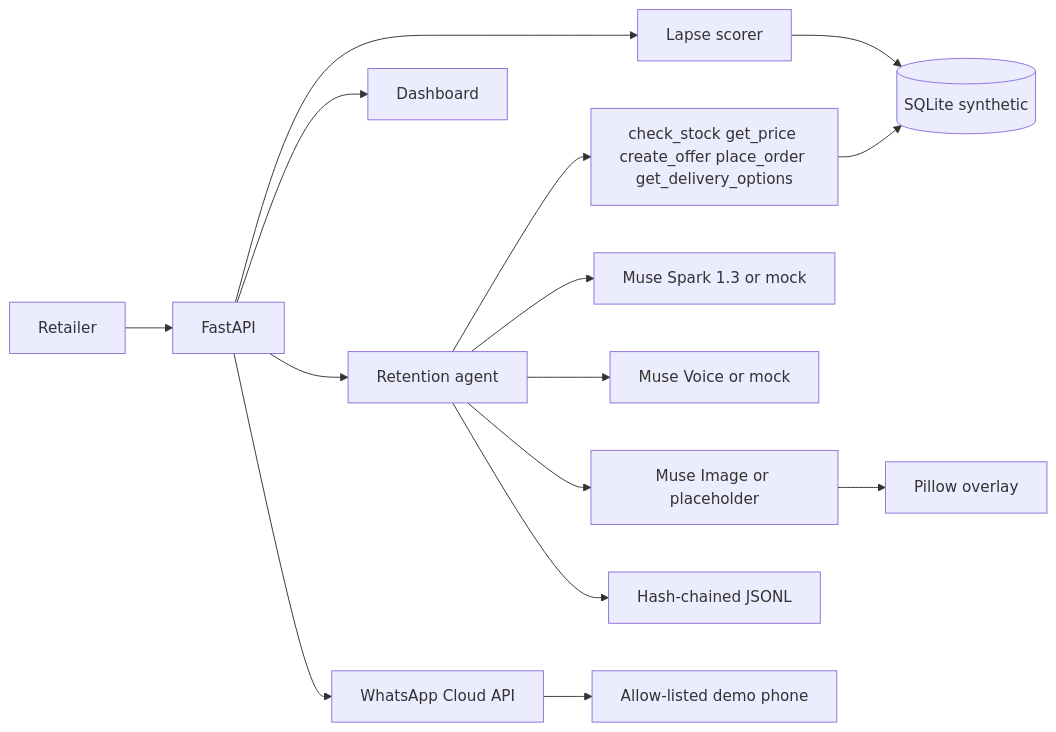
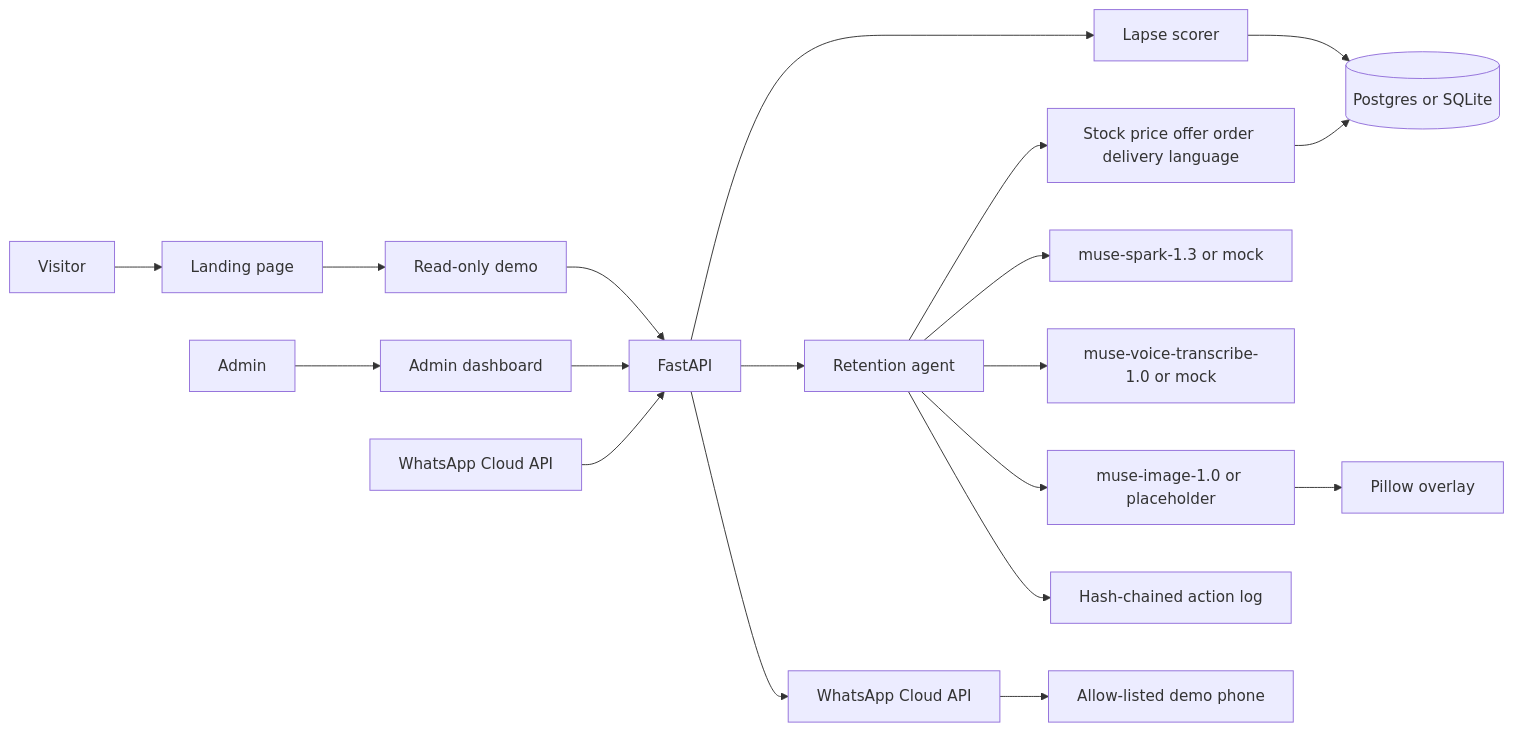
The diagram in README.md (vumoz/convoplex-retention-agent), drawn with Mermaid before and after one commit. The commit also changed other lines of this file and 8 other files, not shown here.

First line of the commit message:
Add a public landing page and a read-only synthetic demo. (#10)

````diff
--- a/README.md
+++ b/README.md
@@ -40,17 +30,21 @@
 ```mermaid
 flowchart LR
-  shop[Retailer] --> api[FastAPI]
+  visitor[Visitor] --> home[Landing page]
+  home --> demo[Read-only demo]
+  admin[Admin] --> dash[Admin dashboard]
+  demo --> api[FastAPI]
+  dash --> api
+  waIn[WhatsApp Cloud API] --> api
   api --> score[Lapse scorer]
   api --> agent[Retention agent]
-  score --> db[(SQLite synthetic)]
-  agent --> tools[check_stock get_price create_offer place_order get_delivery_options]
+  score --> db[(Postgres or SQLite)]
+  agent --> tools[Stock price offer order delivery language]
   tools --> db
-  agent --> muse[Muse Spark 1.3 or mock]
-  agent --> asr[Muse Voice or mock]
-  agent --> image[Muse Image or placeholder]
+  agent --> muse[muse-spark-1.3 or mock]
+  agent --> asr[muse-voice-transcribe-1.0 or mock]
+  agent --> image[muse-image-1.0 or placeholder]
   image --> card[Pillow overlay]
-  agent --> log[Hash-chained JSONL]
-  api --> dash[Dashboard]
-  api --> wa[WhatsApp Cloud API]
-  wa --> demo[Allow-listed demo phone]
+  agent --> log[Hash-chained action log]
+  api --> waOut[WhatsApp Cloud API]
+  waOut --> phone[Allow-listed demo phone]
 ```
````
